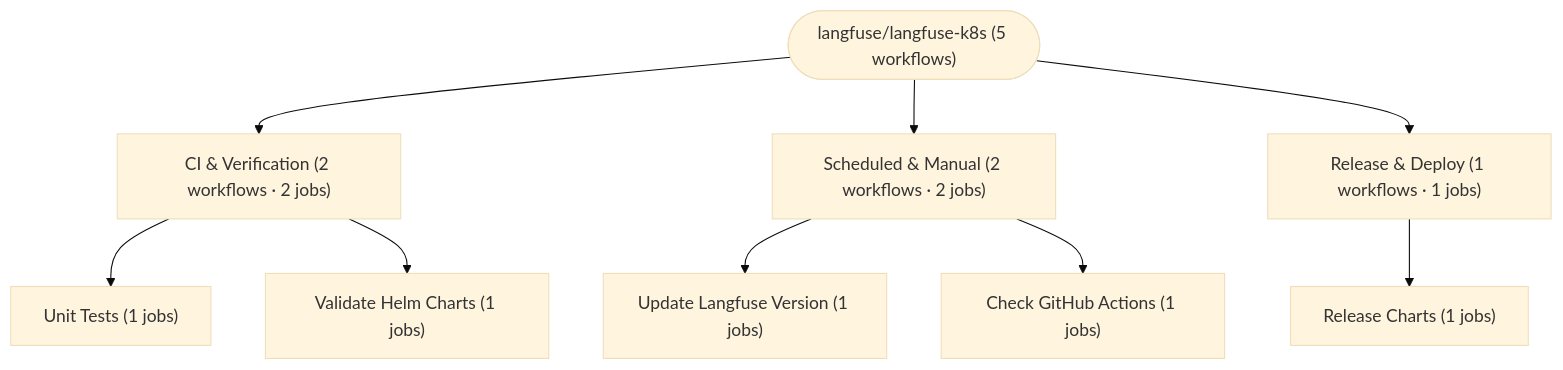
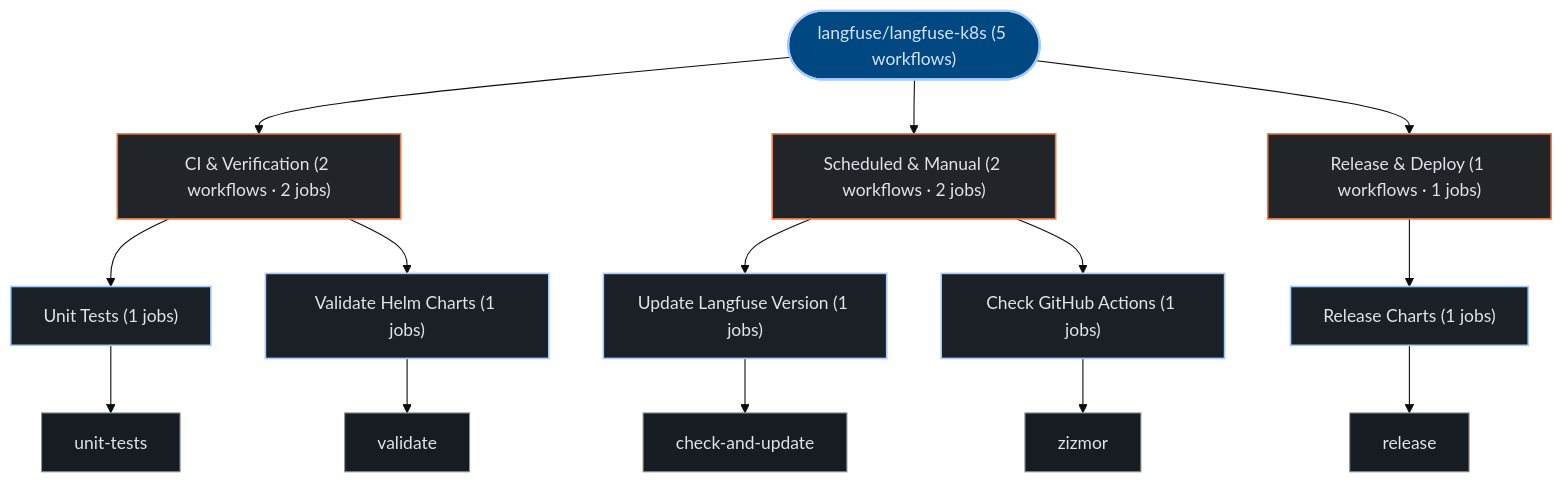
The third of 3 diagrams in exports/latest/reports/langfuse-langfuse-k8s-report.md (kumarshaz/atruss-code-atlas), drawn with Mermaid (base theme) before and after one commit. The commit also changed other lines of this file and 331 other files, not shown here.

Commit message:
docs,ui,fix: update SDLC docs, reorder CI/CD DAG first, stylize Mermaid, and fix Arc42 pipeline topology

````diff
--- a/exports/latest/reports/langfuse-langfuse-k8s-report.md
+++ b/exports/latest/reports/langfuse-langfuse-k8s-report.md
@@ -203,20 +214,37 @@
 ```mermaid
 graph TD;
-  pipeline_root(["langfuse/langfuse-k8s (5 workflows)"])
-  grp_0_CI___Verification["CI & Verification (2 workflows · 2 jobs)"]
+  classDef atlasRoot fill:#004882,stroke:#a3c9ff,stroke-width:2px,color:#d3e4ff
+  classDef atlasCategory fill:#212428,stroke:#E87A48,stroke-width:1.5px,color:#dfe3eb
+  classDef atlasWorkflow fill:#1b2026,stroke:#a3c9ff,stroke-width:1.5px,color:#dfe3eb
+  classDef atlasJob fill:#171c22,stroke:#8d9199,stroke-width:1px,color:#dfe3eb
+  classDef atlasTarget fill:#005227,stroke:#8bd99b,stroke-width:1.5px,color:#a7f6b6
+  classDef atlasAlert fill:#93000a,stroke:#ffb4ab,stroke-width:1.5px,color:#ffdad6
+  classDef atlasMore fill:#252a31,stroke:#8d9199,stroke-dasharray:4 4,color:#c3c6cf
+  pipeline_root(["langfuse/langfuse-k8s (5 workflows)"]):::atlasRoot
+  grp_0_CI___Verification["CI & Verification (2 workflows · 2 jobs)"]:::atlasCategory
   pipeline_root --> grp_0_CI___Verification
-  wf_1_Unit_Tests["Unit Tests (1 jobs)"]
+  wf_1_Unit_Tests["Unit Tests (1 jobs)"]:::atlasWorkflow
   grp_0_CI___Verification --> wf_1_Unit_Tests
-  wf_3_Validate_Helm_Charts["Validate Helm Charts (1 jobs)"]
+  job_1_unit_tests["unit-tests"]:::atlasJob
+  wf_1_Unit_Tests --> job_1_unit_tests
+  wf_3_Validate_Helm_Charts["Validate Helm Charts (1 jobs)"]:::atlasWorkflow
   grp_0_CI___Verification --> wf_3_Validate_Helm_Charts
-  grp_1_Scheduled___Manual["Scheduled & Manual (2 workflows · 2 jobs)"]
+  job_3_validate["validate"]:::atlasJob
+  wf_3_Validate_Helm_Charts --> job_3_validate
+  grp_1_Scheduled___Manual["Scheduled & Manual (2 workflows · 2 jobs)"]:::atlasCategory
   pipeline_root --> grp_1_Scheduled___Manual
-  wf_2_Update_Langfuse_Version["Update Langfuse Version (1 jobs)"]
+  wf_2_Update_Langfuse_Version["Update Langfuse Version (1 jobs)"]:::atlasWorkflow
   grp_1_Scheduled___Manual --> wf_2_Update_Langfuse_Version
-  wf_4_Check_GitHub_Actions["Check GitHub Actions (1 jobs)"]
+  job_2_check_and_update["check-and-update"]:::atlasJob
+  wf_2_Update_Langfuse_Version --> job_2_check_and_update
+  wf_4_Check_GitHub_Actions["Check GitHub Actions (1 jobs)"]:::atlasWorkflow
   grp_1_Scheduled___Manual --> wf_4_Check_GitHub_Actions
-  grp_2_Release___Deploy["Release & Deploy (1 workflows · 1 jobs)"]
+  job_4_zizmor["zizmor"]:::atlasJob
+  wf_4_Check_GitHub_Actions --> job_4_zizmor
+  grp_2_Release___Deploy["Release & Deploy (1 workflows · 1 jobs)"]:::atlasCategory
   pipeline_root --> grp_2_Release___Deploy
-  wf_0_Release_Charts["Release Charts (1 jobs)"]
+  wf_0_Release_Charts["Release Charts (1 jobs)"]:::atlasWorkflow
   grp_2_Release___Deploy --> wf_0_Release_Charts
+  job_0_release["release"]:::atlasJob
+  wf_0_Release_Charts --> job_0_release
 ```
````
